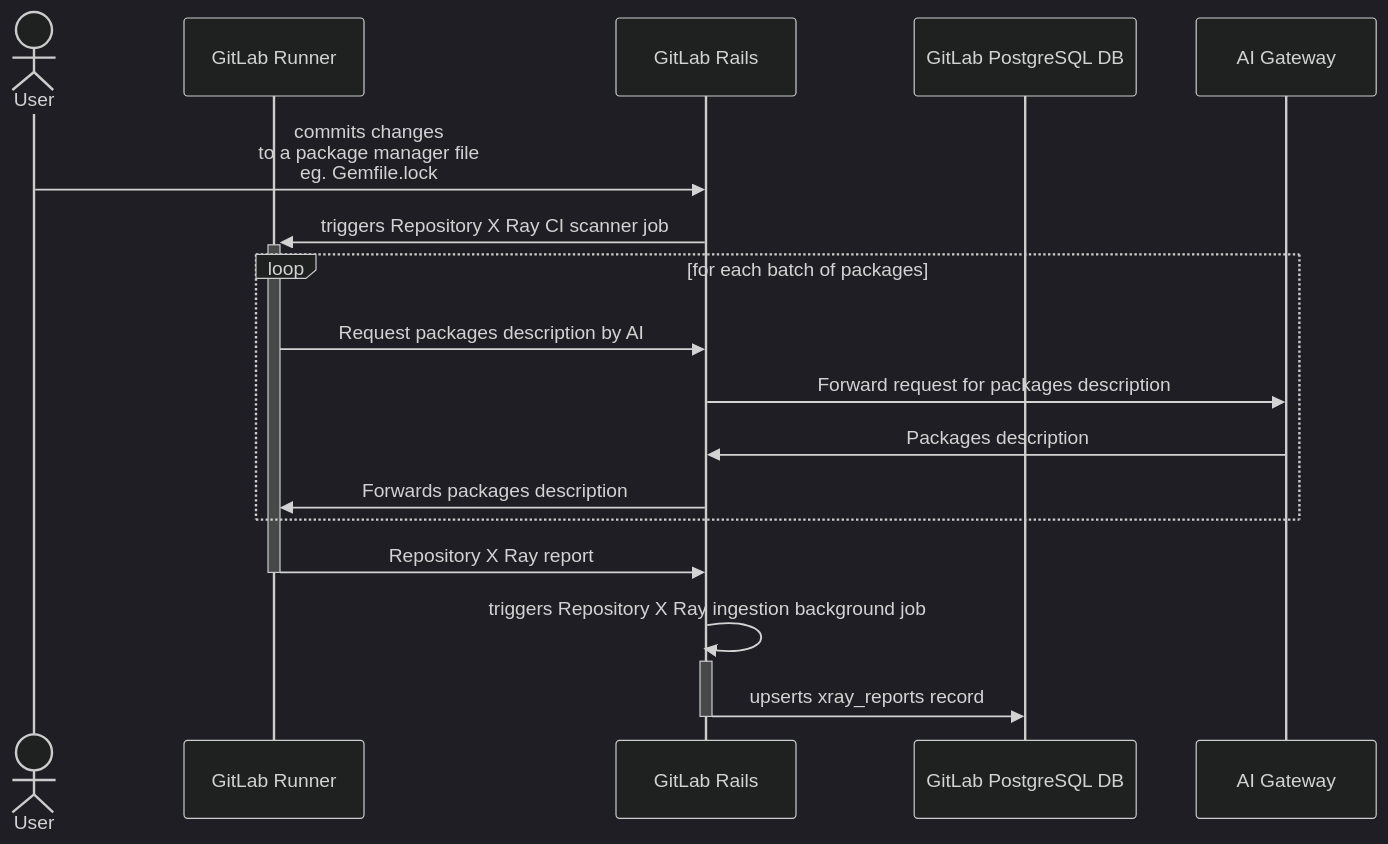
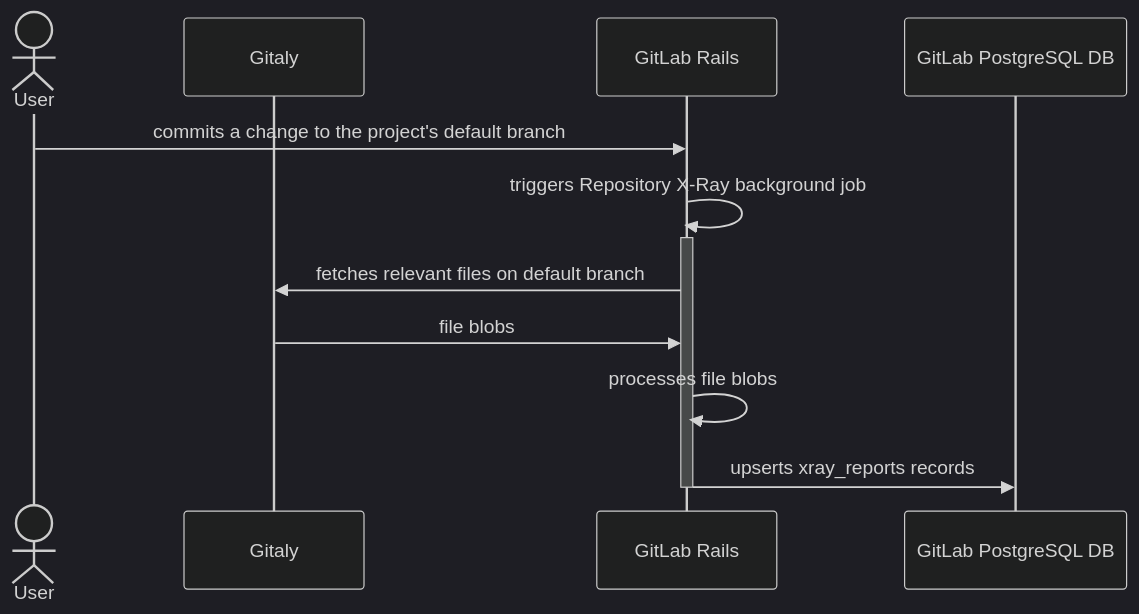
One commit to moliver28/research-handbook changed the fourth of 5 diagrams in content/handbook/engineering/development/dev/create/code-creation/engineering_overview.md. Above: the diagram before and after it, drawn with Mermaid (dark theme). The commit also changed other lines of this file, not shown here.

Commit message:
Update Repository X-Ray sequence diagram
Updates the sequence diagram for X-Ray from the
deprecated CI job process to the new
Sidekiq background job process.

````diff
--- a/content/handbook/engineering/development/dev/create/code-creation/engineering_overview.md
+++ b/content/handbook/engineering/development/dev/create/code-creation/engineering_overview.md
@@ -138,23 +138,14 @@
 ```mermaid
 sequenceDiagram
    actor USR as User
-   participant RN as GitLab Runner
-
-
+   participant GIT as Gitaly
    participant GLR as GitLab Rails
    participant PG as GitLab PostgreSQL DB
-   participant AIGW as AI Gateway
 
-
-   USR->>GLR: commits changes <br> to a package manager file <br>eg. Gemfile.lock
-   GLR->>+RN: triggers Repository X Ray CI scanner job
-   loop for each batch of packages
-       RN->>GLR: Request packages description by AI
-       GLR->>AIGW: Forward request for packages description
-       AIGW->>GLR: Packages description
-       GLR->>RN: Forwards packages description
-   end
-   RN->>-GLR: Repository X Ray report
-   GLR->>+GLR: triggers Repository X Ray ingestion background job
-   GLR->>-PG: upserts xray_reports record
+   USR->>GLR: commits a change to the project's default branch
+   GLR->>+GLR: triggers Repository X-Ray background job
+   GLR->>GIT: fetches relevant files on default branch
+   GIT->>GLR: file blobs
+   GLR->>GLR: processes file blobs
+   GLR->>-PG: upserts xray_reports records
 ```
````
